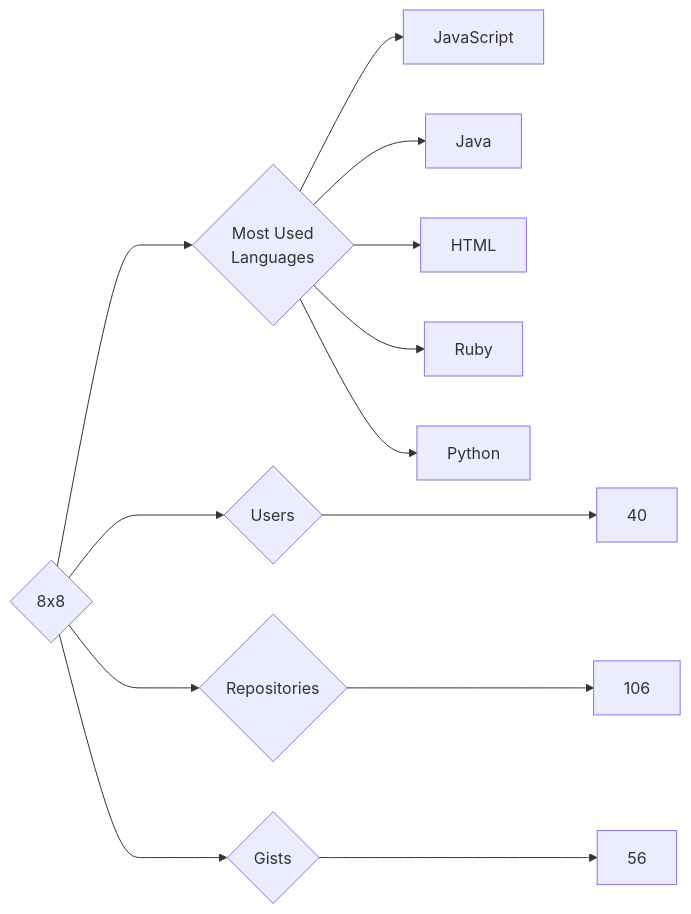
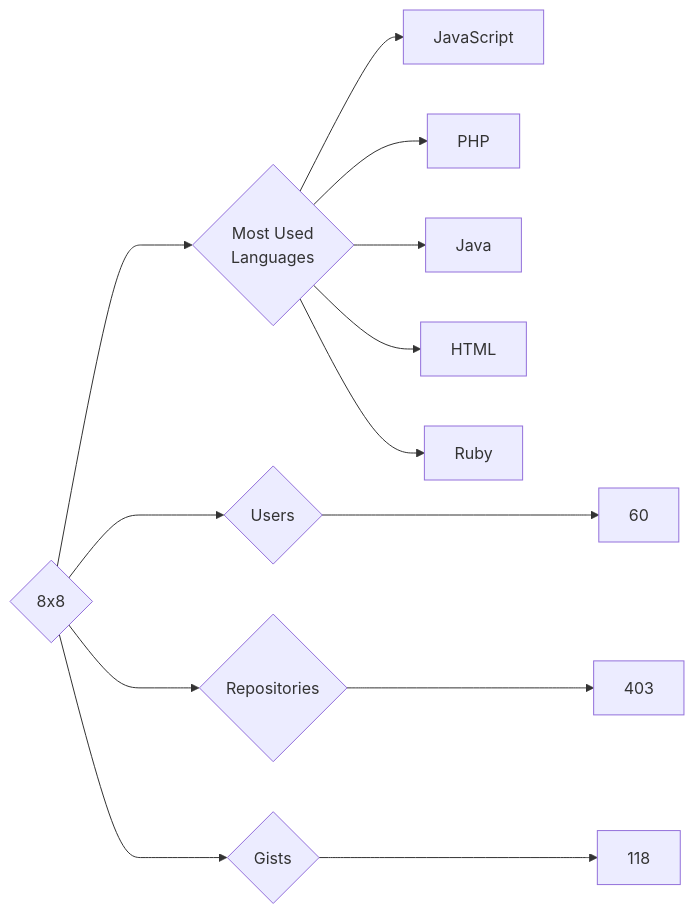
Before and after one commit to trickest/insiders: the diagram in targets/8x8/README.md, drawn with Mermaid. The commit also changed 714 other files, not shown here.

````diff
--- a/targets/8x8/README.md
+++ b/targets/8x8/README.md
@@ -3,13 +3,13 @@
 ```mermaid
 graph LR
 COMPANY_NAME{8x8}
-COMPANY_NAME ---> U{Users} ---> UN[40]
-COMPANY_NAME ---> R{Repositories} ---> RN[106]
-COMPANY_NAME ---> G{Gists} ---> GN[56]
+COMPANY_NAME ---> U{Users} ---> UN[60]
+COMPANY_NAME ---> R{Repositories} ---> RN[403]
+COMPANY_NAME ---> G{Gists} ---> GN[118]
 COMPANY_NAME ---> ML{Most Used<br>Languages}
 ML --> JavaScript[JavaScript]
+ML --> PHP[PHP]
 ML --> Java[Java]
 ML --> HTML[HTML]
 ML --> Ruby[Ruby]
-ML --> Python[Python]
 ```
````
